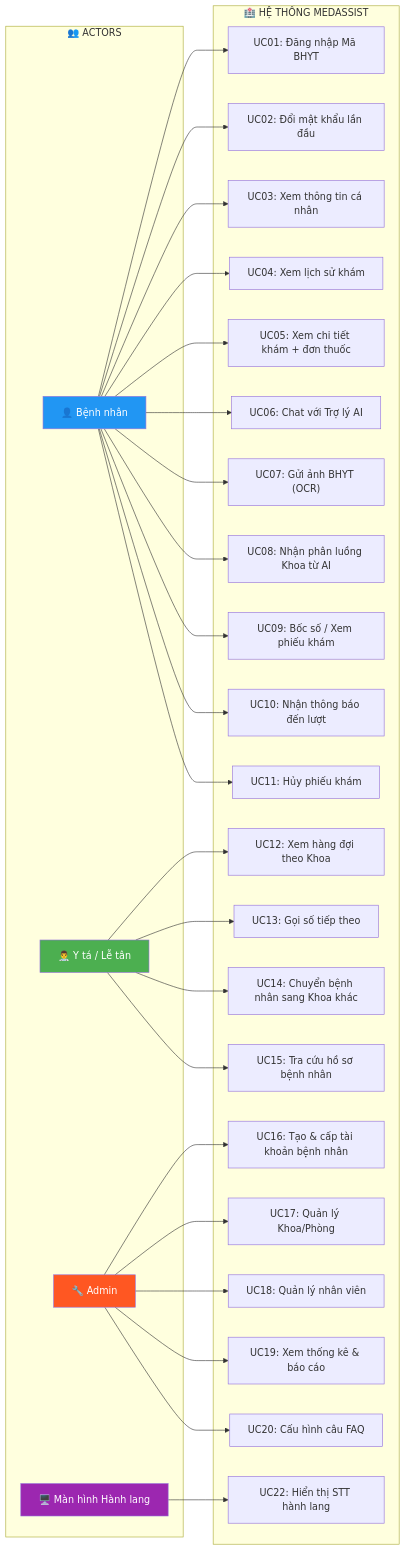
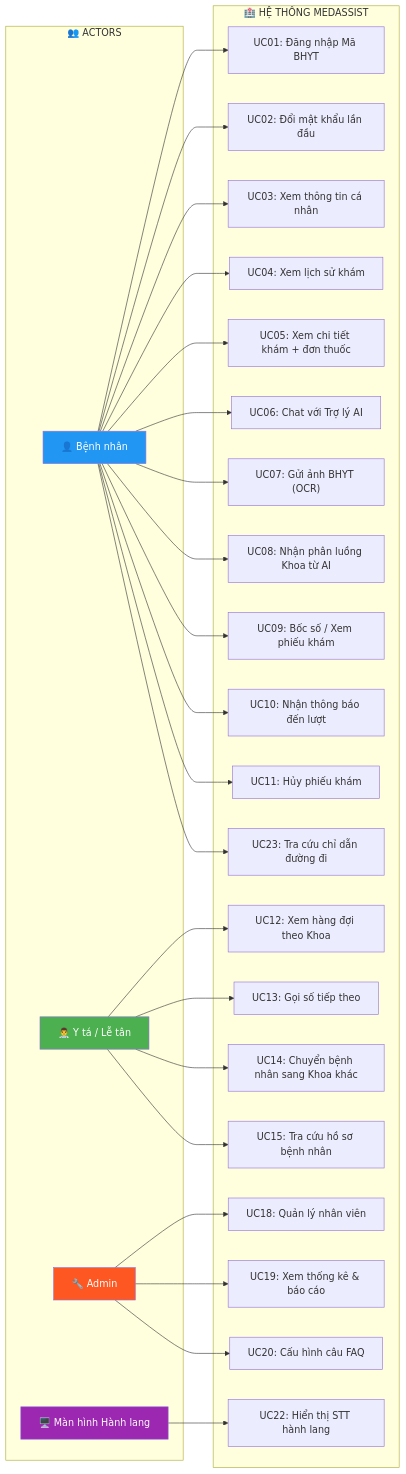
The second of 18 diagrams in So_Do_Mermaid.md (nguyng/DOANTRITUENHANTAO), drawn with Mermaid before and after one commit. The commit also changed other lines of this file and 38 other files, not shown here.

````diff
--- a/So_Do_Mermaid.md
+++ b/So_Do_Mermaid.md
@@ -54,63 +53,61 @@
 ```mermaid
 graph LR
     subgraph ACTORS["👥 ACTORS"]
         BN["👤 Bệnh nhân"]
         YT["👨‍⚕️ Y tá / Lễ tân"]
         AD["🔧 Admin"]
         MH["🖥️ Màn hình Hành lang"]
     end
 
     subgraph SYS["🏥 HỆ THỐNG MEDASSIST"]
         UC01["UC01: Đăng nhập Mã BHYT"]
         UC02["UC02: Đổi mật khẩu lần đầu"]
         UC03["UC03: Xem thông tin cá nhân"]
         UC04["UC04: Xem lịch sử khám"]
         UC05["UC05: Xem chi tiết khám + đơn thuốc"]
         UC06["UC06: Chat với Trợ lý AI"]
         UC07["UC07: Gửi ảnh BHYT (OCR)"]
         UC08["UC08: Nhận phân luồng Khoa từ AI"]
         UC09["UC09: Bốc số / Xem phiếu khám"]
         UC10["UC10: Nhận thông báo đến lượt"]
         UC11["UC11: Hủy phiếu khám"]
         UC12["UC12: Xem hàng đợi theo Khoa"]
         UC13["UC13: Gọi số tiếp theo"]
         UC14["UC14: Chuyển bệnh nhân sang Khoa khác"]
         UC15["UC15: Tra cứu hồ sơ bệnh nhân"]
-        UC16["UC16: Tạo & cấp tài khoản bệnh nhân"]
-        UC17["UC17: Quản lý Khoa/Phòng"]
         UC18["UC18: Quản lý nhân viên"]
         UC19["UC19: Xem thống kê & báo cáo"]
         UC20["UC20: Cấu hình câu FAQ"]
         UC22["UC22: Hiển thị STT hành lang"]
+        UC23["UC23: Tra cứu chỉ dẫn đường đi"]
     end
 
     BN --> UC01
     BN --> UC02
     BN --> UC03
     BN --> UC04
     BN --> UC05
     BN --> UC06
     BN --> UC07
     BN --> UC08
     BN --> UC09
     BN --> UC10
     BN --> UC11
+    BN --> UC23
 
     YT --> UC12
     YT --> UC13
     YT --> UC14
     YT --> UC15
 
-    AD --> UC16
-    AD --> UC17
     AD --> UC18
     AD --> UC19
     AD --> UC20
 
     MH --> UC22
 
     style BN fill:#2196f3,color:#fff
     style YT fill:#4caf50,color:#fff
     style AD fill:#ff5722,color:#fff
     style MH fill:#9c27b0,color:#fff
 ```
````
